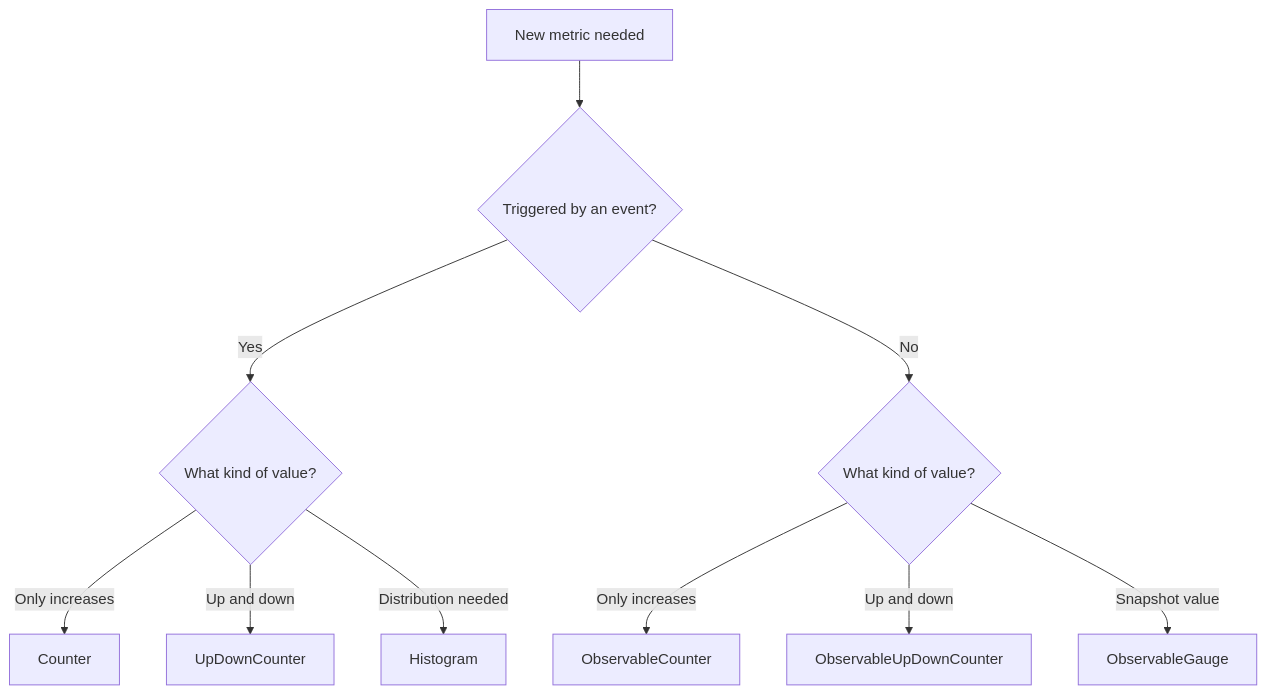
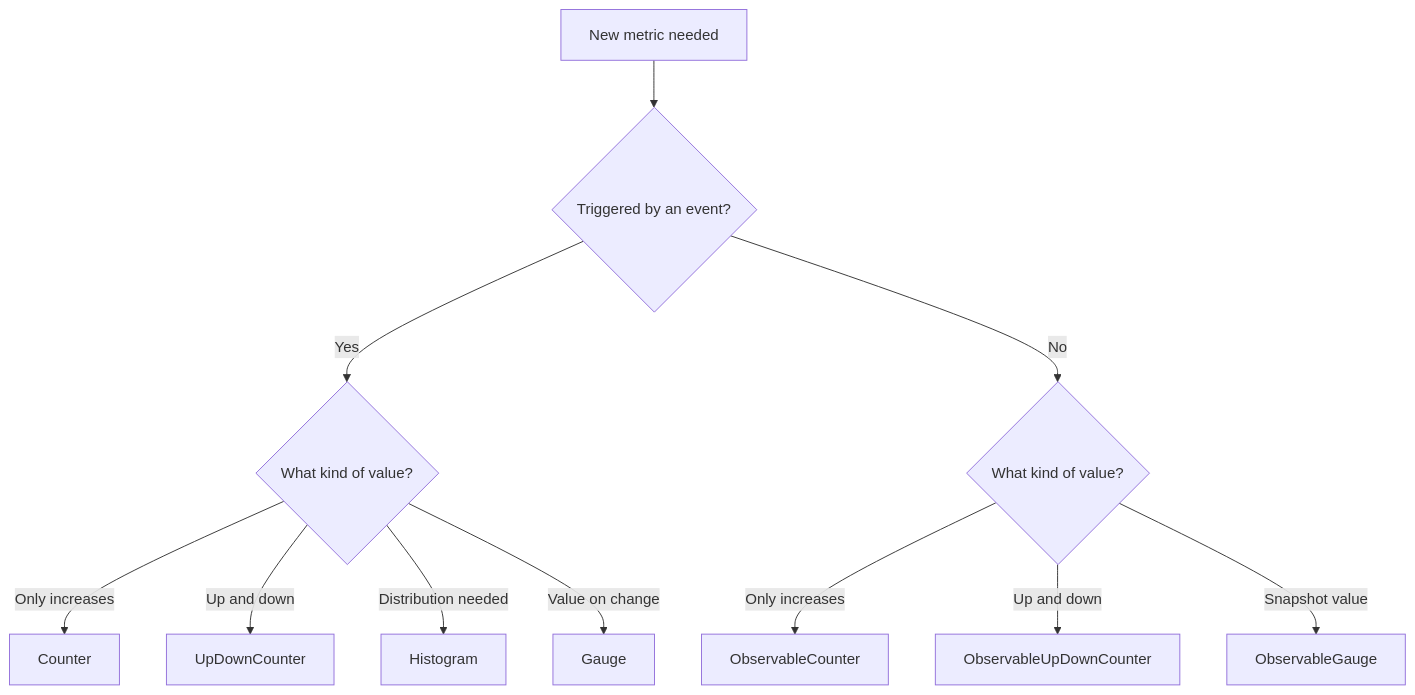
The second of 2 diagrams in posts/2026-02-06-synchronous-asynchronous-metric-instruments/README.md (OneUptime/blog), drawn with Mermaid before and after one commit. The commit also changed other lines of this file and 2 other files, not shown here.

````diff
--- a/posts/2026-02-06-synchronous-asynchronous-metric-instruments/README.md
+++ b/posts/2026-02-06-synchronous-asynchronous-metric-instruments/README.md
@@ -224,14 +227,15 @@
 ```mermaid
 flowchart TD
     A[New metric needed] --> B{Triggered by an event?}
     B -->|Yes| C{What kind of value?}
     B -->|No| D{What kind of value?}
 
     C -->|Only increases| E[Counter]
     C -->|Up and down| F[UpDownCounter]
     C -->|Distribution needed| G[Histogram]
+    C -->|Value on change| K[Gauge]
 
     D -->|Only increases| H[ObservableCounter]
     D -->|Up and down| I[ObservableUpDownCounter]
     D -->|Snapshot value| J[ObservableGauge]
 ```
````
